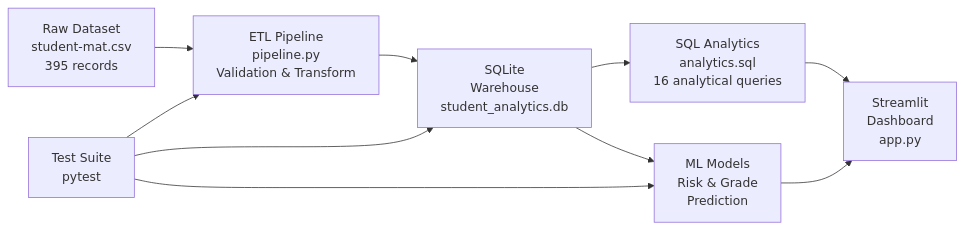
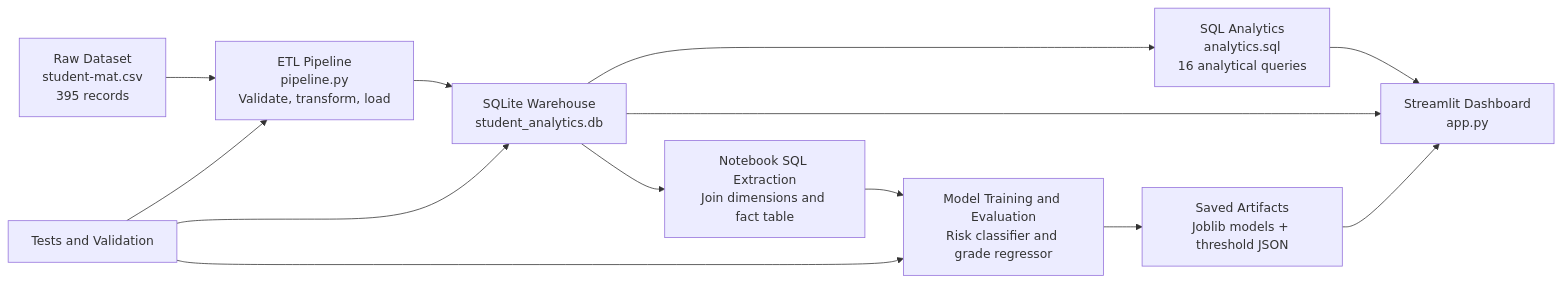
One commit to Divi-63/Student-Performance-Analytics_Warehouse changed the diagram in README.md. Above: the diagram before and after it, drawn with Mermaid. The commit also changed other lines of this file and 3 other files, not shown here.

Commit message:
Integrate warehouse-driven ML training

````diff
--- a/README.md
+++ b/README.md
@@ -46,12 +46,15 @@
 ```mermaid
 graph LR
-    A["Raw Dataset<br/>student-mat.csv<br/>395 records"] --> B["ETL Pipeline<br/>pipeline.py<br/>Validation & Transform"]
-    B --> C["SQLite<br/>Warehouse<br/>student_analytics.db"]
+    A["Raw Dataset<br/>student-mat.csv<br/>395 records"] --> B["ETL Pipeline<br/>pipeline.py<br/>Validate, transform, load"]
+    B --> C["SQLite Warehouse<br/>student_analytics.db"]
     C --> D["SQL Analytics<br/>analytics.sql<br/>16 analytical queries"]
-    C --> E["ML Models<br/>Risk & Grade<br/>Prediction"]
-    D --> F["Streamlit<br/>Dashboard<br/>app.py"]
-    E --> F
-    G["Test Suite<br/>pytest"] --> B
-    G --> C
-    G --> E
+    C --> E["Notebook SQL Extraction<br/>Join dimensions and fact table"]
+    E --> F["Model Training and Evaluation<br/>Risk classifier and grade regressor"]
+    F --> G["Saved Artifacts<br/>Joblib models + threshold JSON"]
+    D --> H["Streamlit Dashboard<br/>app.py"]
+    C --> H
+    G --> H
+    I["Tests and Validation"] --> B
+    I --> C
+    I --> F
 ```
````
